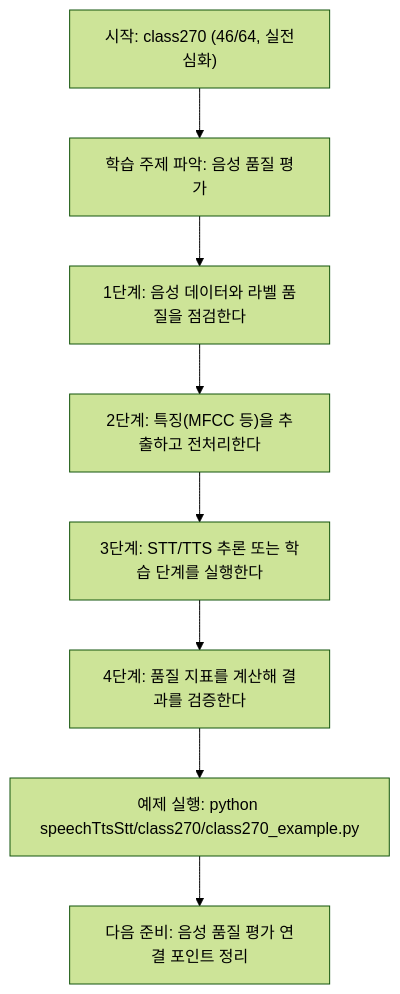
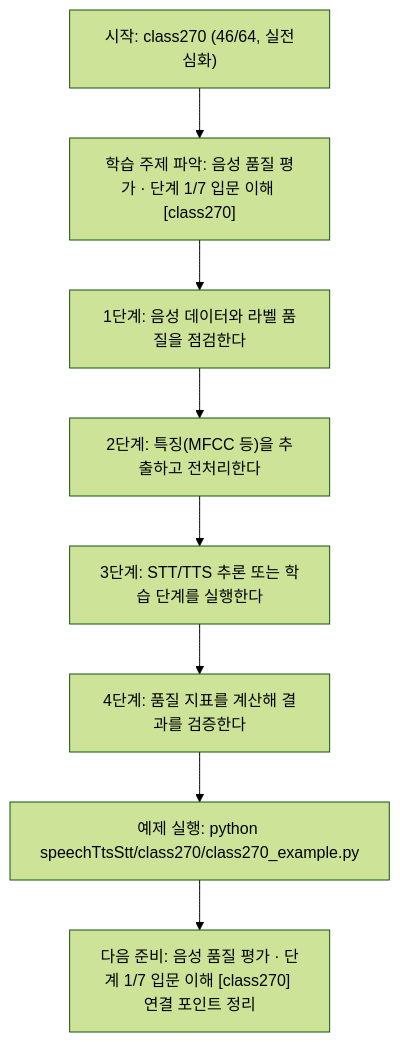
Before and after one commit to edumgt/Python-AI_Agent-Class: the diagram in speechTtsStt/class270/class270.md, drawn with Mermaid (forest theme). The commit also changed other lines of this file and 522 other files, not shown here.

````diff
--- a/speechTtsStt/class270/class270.md
+++ b/speechTtsStt/class270/class270.md
@@ -113,18 +114,18 @@
 ```mermaid
 flowchart TD
 N1["시작: class270 (46/64, 실전심화)"]
-N2["학습 주제 파악: 음성 품질 평가"]
+N2["학습 주제 파악: 음성 품질 평가 · 단계 1/7 입문 이해 [class270]"]
 N3["1단계: 음성 데이터와 라벨 품질을 점검한다"]
 N4["2단계: 특징(MFCC 등)을 추출하고 전처리한다"]
 N5["3단계: STT/TTS 추론 또는 학습 단계를 실행한다"]
 N6["4단계: 품질 지표를 계산해 결과를 검증한다"]
 N7["예제 실행: python speechTtsStt/class270/class270_example.py"]
-N8["다음 준비: 음성 품질 평가 연결 포인트 정리"]
+N8["다음 준비: 음성 품질 평가 · 단계 1/7 입문 이해 [class270] 연결 포인트 정리"]
 N1 --> N2
 N2 --> N3
 N3 --> N4
 N4 --> N5
 N5 --> N6
 N6 --> N7
 N7 --> N8
 ```
````
